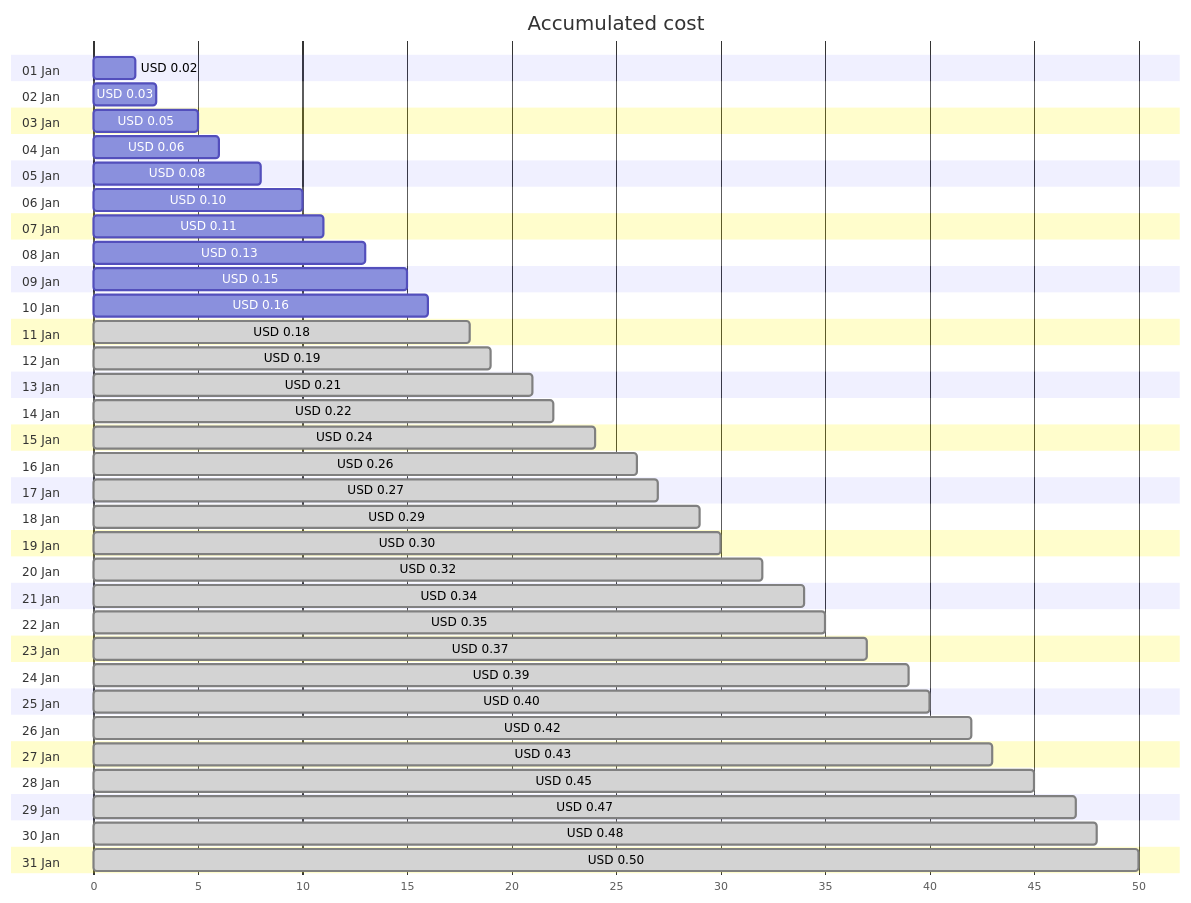
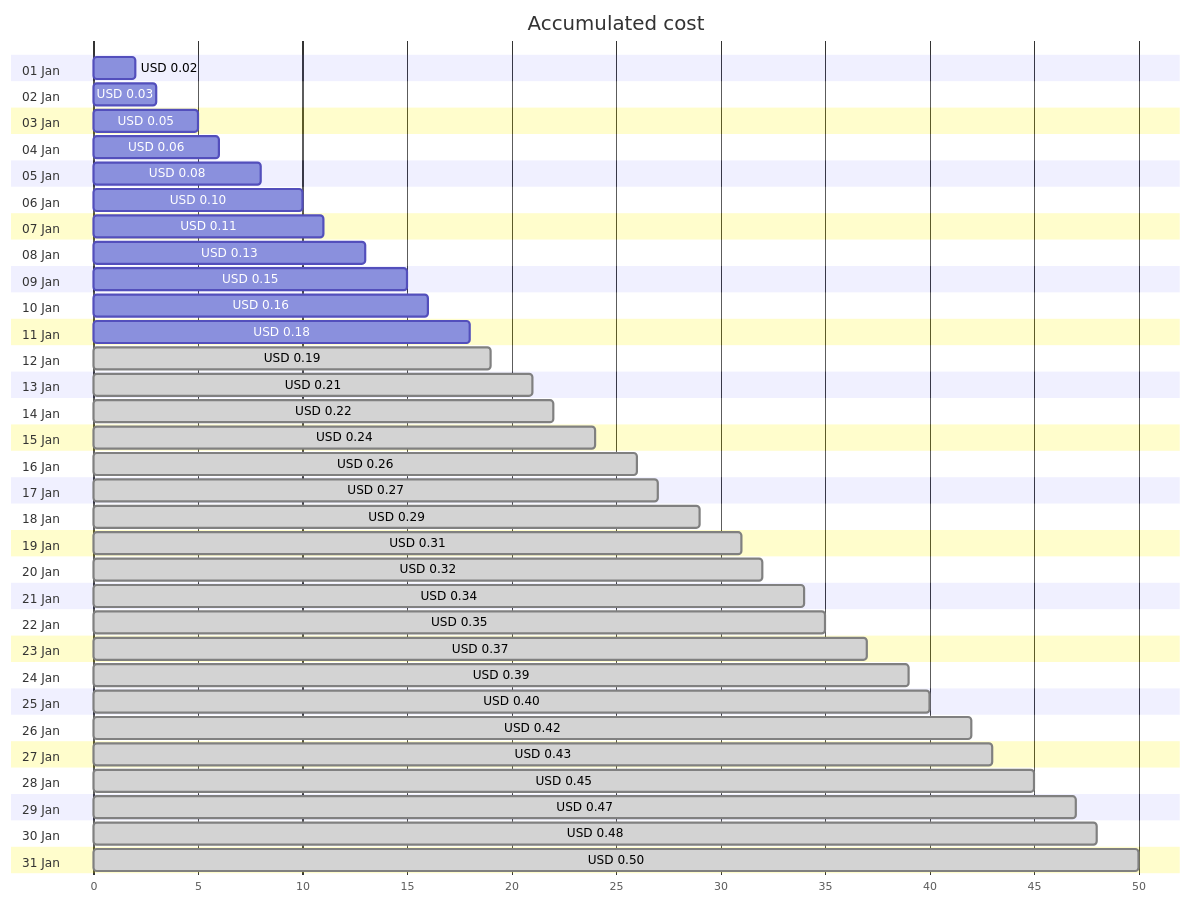
Before and after one commit to jpfulton/azure-personal-reports: the first of 4 diagrams in cost-reports/personal-network/private.jpatrickfulton.com.md, drawn with Mermaid. The commit also changed other lines of this file and 8 other files, not shown here.

````diff
--- a/cost-reports/personal-network/private.jpatrickfulton.com.md
+++ b/cost-reports/personal-network/private.jpatrickfulton.com.md
@@ -20,68 +20,68 @@
 ```mermaid
 gantt
    title Accumulated cost
    dateFormat  X
    axisFormat %s
    section 01 Jan
    USD 0.02 :0, 2
    section 02 Jan
    USD 0.03 :0, 3
    section 03 Jan
    USD 0.05 :0, 5
    section 04 Jan
    USD 0.06 :0, 6
    section 05 Jan
    USD 0.08 :0, 8
    section 06 Jan
    USD 0.10 :0, 10
    section 07 Jan
    USD 0.11 :0, 11
    section 08 Jan
    USD 0.13 :0, 13
    section 09 Jan
    USD 0.15 :0, 15
    section 10 Jan
    USD 0.16 :0, 16
    section 11 Jan
-   USD 0.18 : done, 0, 18
+   USD 0.18 :0, 18
    section 12 Jan
    USD 0.19 : done, 0, 19
    section 13 Jan
    USD 0.21 : done, 0, 21
    section 14 Jan
    USD 0.22 : done, 0, 22
    section 15 Jan
    USD 0.24 : done, 0, 24
    section 16 Jan
    USD 0.26 : done, 0, 26
    section 17 Jan
    USD 0.27 : done, 0, 27
    section 18 Jan
    USD 0.29 : done, 0, 29
    section 19 Jan
-   USD 0.30 : done, 0, 30
+   USD 0.31 : done, 0, 31
    section 20 Jan
    USD 0.32 : done, 0, 32
    section 21 Jan
    USD 0.34 : done, 0, 34
    section 22 Jan
    USD 0.35 : done, 0, 35
    section 23 Jan
    USD 0.37 : done, 0, 37
    section 24 Jan
    USD 0.39 : done, 0, 39
    section 25 Jan
    USD 0.40 : done, 0, 40
    section 26 Jan
    USD 0.42 : done, 0, 42
    section 27 Jan
    USD 0.43 : done, 0, 43
    section 28 Jan
    USD 0.45 : done, 0, 45
    section 29 Jan
    USD 0.47 : done, 0, 47
    section 30 Jan
    USD 0.48 : done, 0, 48
    section 31 Jan
    USD 0.50 : done, 0, 50
 ```
````
